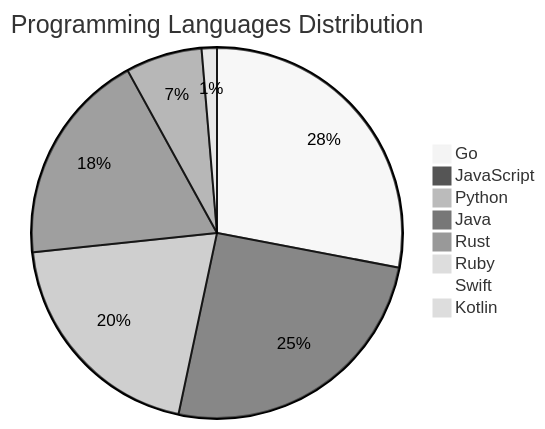
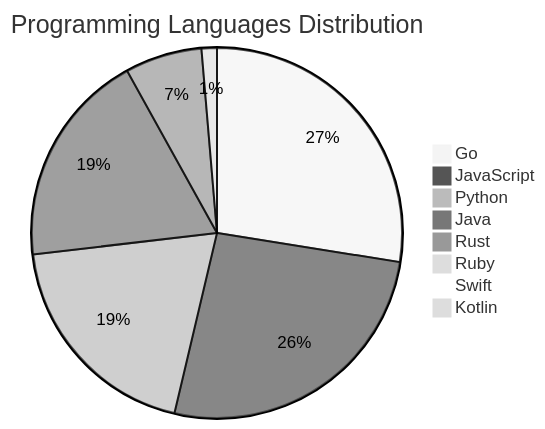
Before and after one commit to Derrick-MUGISHA/github-activity-bot: the diagram in README.md, drawn with Mermaid (neutral theme). The commit also changed other lines of this file and 4 other files, not shown here.

````diff
--- a/README.md
+++ b/README.md
@@ -208,11 +208,11 @@
 ```mermaid
 pie title Programming Languages Distribution
-    "Go" : 42
-    "JavaScript" : 38
-    "Python" : 30
+    "Go" : 41
+    "JavaScript" : 39
+    "Python" : 29
     "Java" : 28
     "Rust" : 10
     "Ruby" : 2
     "Swift" : 1
     "Kotlin" : 1
 ```
````
